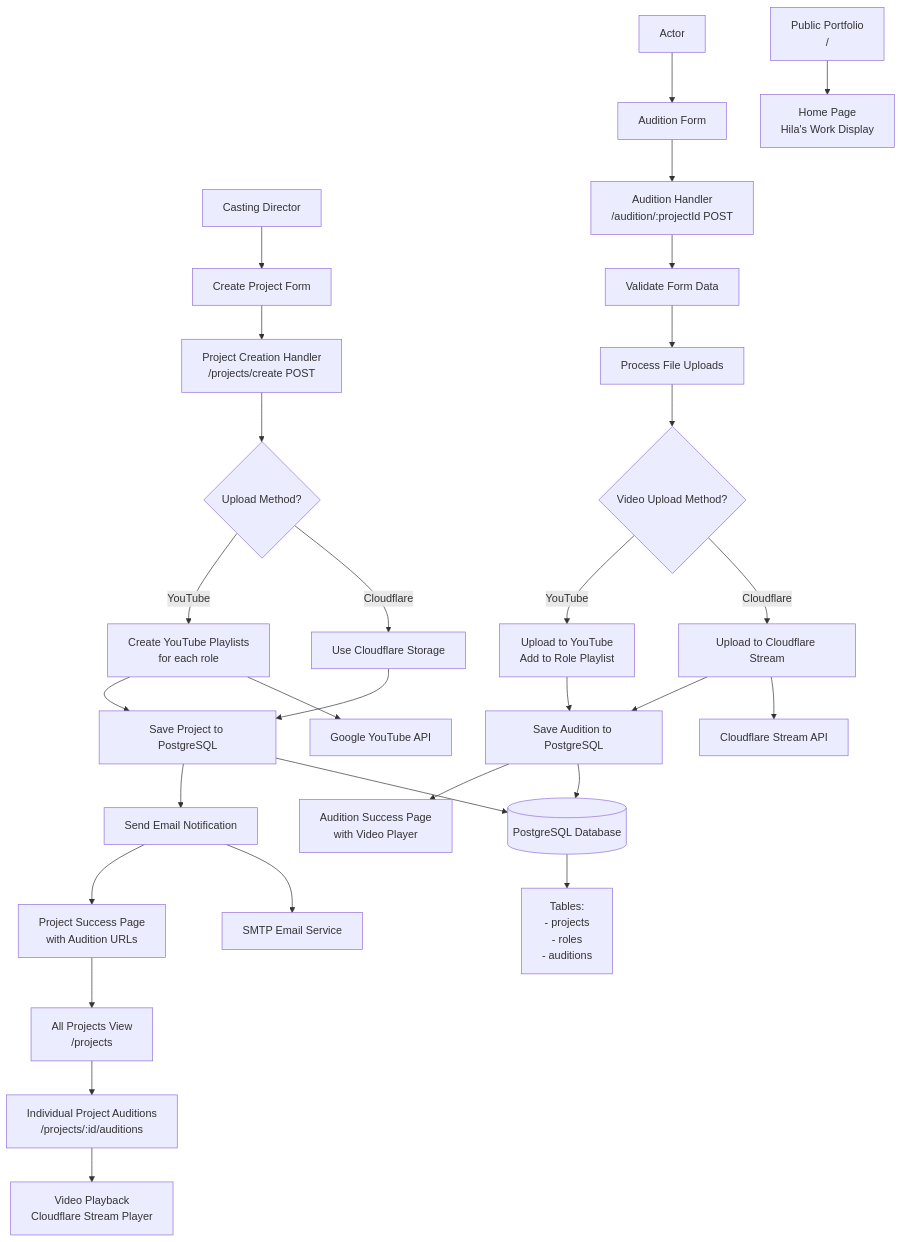
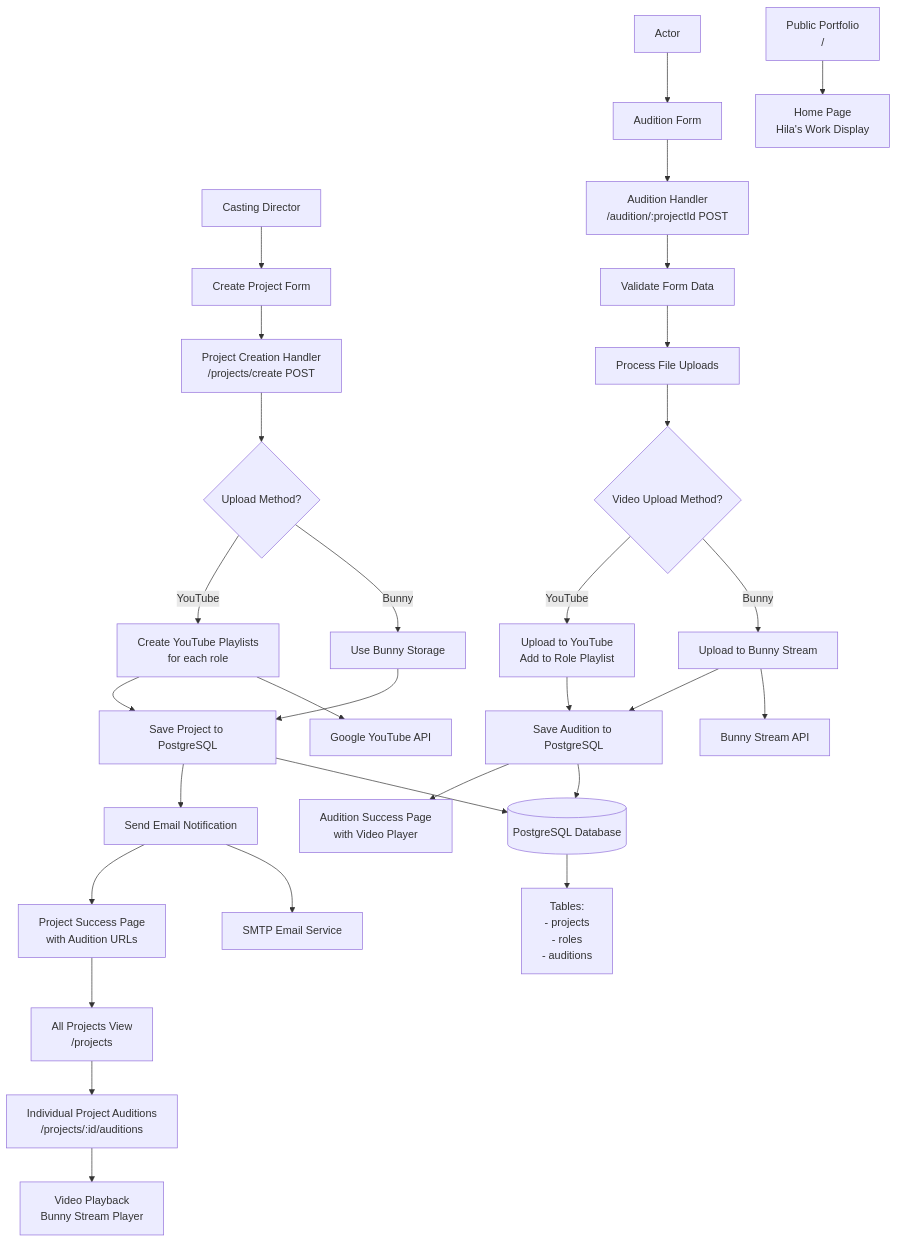
Before and after one commit to makopolok/HILAYUVAL-CLAUDE: the first of 2 diagrams in app-workflow-diagram.md, drawn with Mermaid. The commit also changed other lines of this file and 4 other files, not shown here.

Commit message:
chore: set Bunny as canonical upload method (defaults, seeds, tests, docs)

````diff
--- a/app-workflow-diagram.md
+++ b/app-workflow-diagram.md
@@ -8,45 +8,45 @@
 ```mermaid
 graph TD
     %% User Types
     A[Casting Director] --> B[Create Project Form]
     C[Actor] --> D[Audition Form]
     
     %% Project Creation Flow
     B --> E[Project Creation Handler<br>/projects/create POST]
     E --> F{Upload Method?}
     F -->|YouTube| G[Create YouTube Playlists<br>for each role]
-    F -->|Cloudflare| H[Use Cloudflare Storage]
+    F -->|Bunny| H[Use Bunny Storage]
     G --> I[Save Project to PostgreSQL]
     H --> I
     I --> J[Send Email Notification]
     J --> K[Project Success Page<br>with Audition URLs]
     
     %% Audition Submission Flow
     D --> L[Audition Handler<br>/audition/:projectId POST]
     L --> M[Validate Form Data]
     M --> N[Process File Uploads]
     N --> O{Video Upload Method?}
     O -->|YouTube| P[Upload to YouTube<br>Add to Role Playlist]
-    O -->|Cloudflare| Q[Upload to Cloudflare Stream]
+    O -->|Bunny| Q[Upload to Bunny Stream]
     P --> R[Save Audition to PostgreSQL]
     Q --> R
     R --> S[Audition Success Page<br>with Video Player]
     
     %% Management Views
     K --> T[All Projects View<br>/projects]
     T --> U[Individual Project Auditions<br>/projects/:id/auditions]
-    U --> V[Video Playback<br>Cloudflare Stream Player]
+    U --> V[Video Playback<br>Bunny Stream Player]
     
     %% Portfolio/Home
     W[Public Portfolio<br>/] --> X[Home Page<br>Hila's Work Display]
     
     %% Database Layer
     I --> Y[(PostgreSQL Database)]
     R --> Y
     Y --> Z[Tables:<br>- projects<br>- roles<br>- auditions]
     
     %% External Services
     G --> AA[Google YouTube API]
-    Q --> BB[Cloudflare Stream API]
+    Q --> BB[Bunny Stream API]
     J --> CC[SMTP Email Service]
 ```
````
